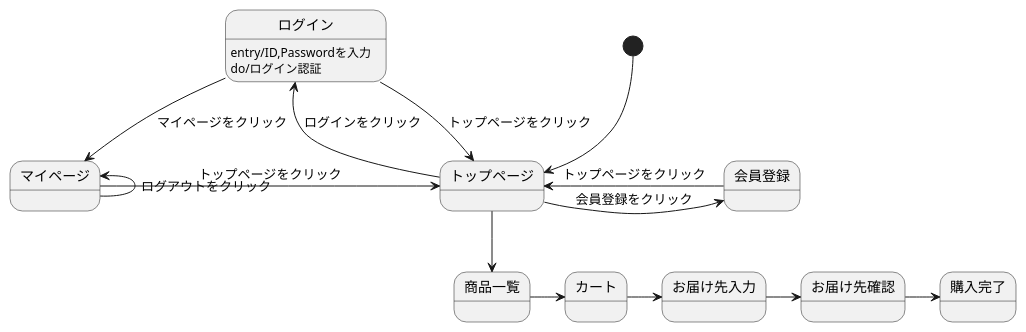
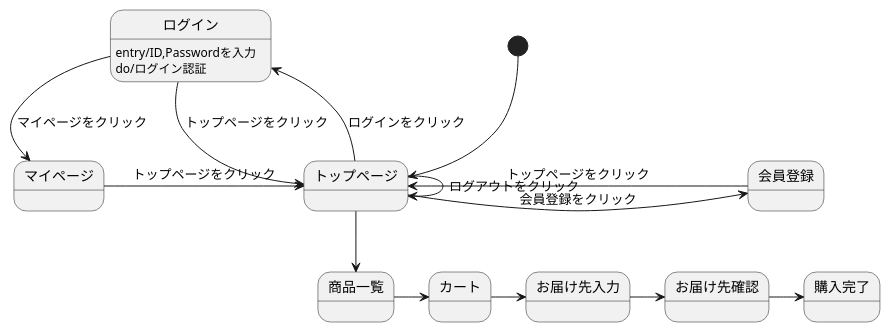
One commit to Aso2001163/2021sys-design-2 changed the diagram in stm01.md. Above: the diagram before and after it, drawn with PlantUML.

````diff
--- a/stm01.md
+++ b/stm01.md
@@ -1,19 +1,19 @@
 ```uml
 @startuml
 [*] --> トップページ
 トップページ -> 会員登録 : 会員登録をクリック
 会員登録 -> トップページ : トップページをクリック
+トップページ -> トップページ : ログアウトをクリック
 トップページ -left-> ログイン : ログインをクリック
 ログイン -> トップページ : トップページをクリック
 ログイン -down-> マイページ : マイページをクリック
 ログイン:entry/ID,Passwordを入力
 ログイン:do/ログイン認証
-マイページ -left-> マイページ : ログアウトをクリック
 マイページ -> トップページ : トップページをクリック
 トップページ --> 商品一覧
 商品一覧 -> カート
 カート -> お届け先入力
 お届け先入力 -> お届け先確認
 お届け先確認 -> 購入完了
 @enduml
 ```
````
